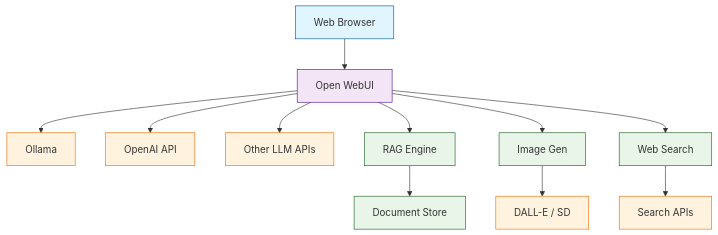
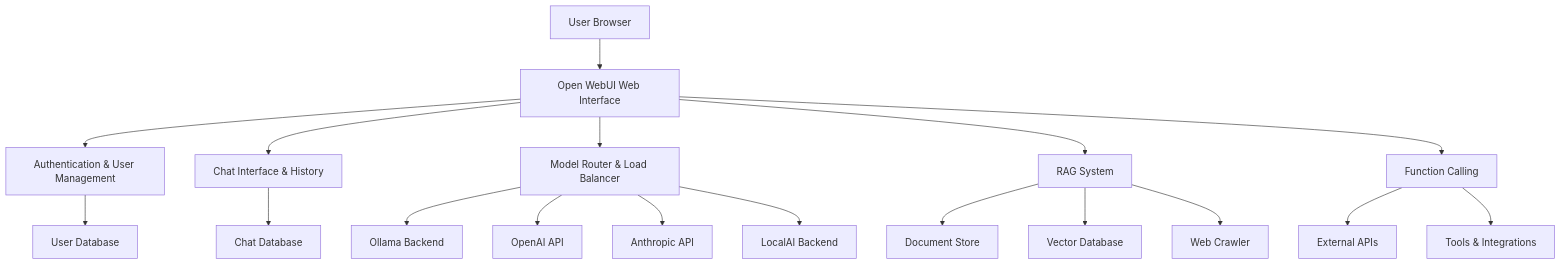
Before and after one commit to johnxie/awesome-code-docs: the diagram in tutorials/open-webui-tutorial/index.md, drawn with Mermaid. The commit also changed other lines of this file and 39 other files, not shown here.

````diff
--- a/tutorials/open-webui-tutorial/index.md
+++ b/tutorials/open-webui-tutorial/index.md
@@ -39,27 +70,24 @@
 ```mermaid
-flowchart TD
-    A[Web Browser] --> B[Open WebUI]
-    
-    B --> C[Ollama]
-    B --> D[OpenAI API]
-    B --> E[Other LLM APIs]
-    
-    B --> F[RAG Engine]
-    F --> G[Document Store]
-    
-    B --> H[Image Gen]
-    H --> I[DALL-E / SD]
-    
-    B --> J[Web Search]
-    J --> K[Search APIs]
-    
-    classDef ui fill:#e1f5fe,stroke:#01579b
-    classDef backend fill:#f3e5f5,stroke:#4a148c
-    classDef providers fill:#fff3e0,stroke:#ef6c00
-    classDef features fill:#e8f5e8,stroke:#1b5e20
-    
-    class A ui
-    class B backend
-    class C,D,E,I,K providers
-    class F,G,H,J features
+graph TB
+    A[User Browser] --> B[Open WebUI Web Interface]
+    B --> C[Authentication & User Management]
+    B --> D[Chat Interface & History]
+    B --> E[Model Router & Load Balancer]
+
+    E --> F[Ollama Backend]
+    E --> G[OpenAI API]
+    E --> H[Anthropic API]
+    E --> I[LocalAI Backend]
+
+    B --> J[RAG System]
+    J --> K[Document Store]
+    J --> L[Vector Database]
+    J --> M[Web Crawler]
+
+    B --> N[Function Calling]
+    N --> O[External APIs]
+    N --> P[Tools & Integrations]
+
+    C --> Q[User Database]
+    D --> R[Chat Database]
 ```
````
